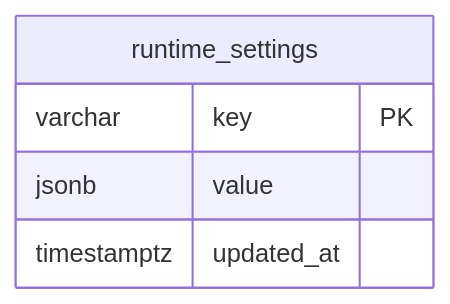
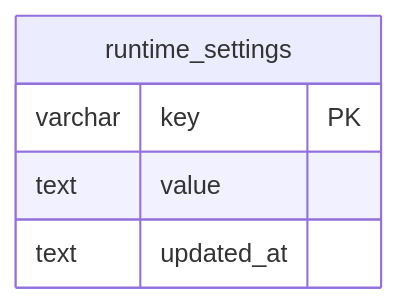
One commit to ousiassllc/pitha-trador changed the tenth of 12 diagrams in docs/architecture/er.md. Above: the diagram before and after it, drawn with Mermaid. The commit also changed other lines of this file and 5 other files, not shown here.

````diff
--- a/docs/architecture/er.md
+++ b/docs/architecture/er.md
@@ -360,8 +377,8 @@
 ```mermaid
 erDiagram
     runtime_settings {
         varchar key PK
-        jsonb value
-        timestamptz updated_at
+        text value
+        text updated_at
     }
 ```
````
